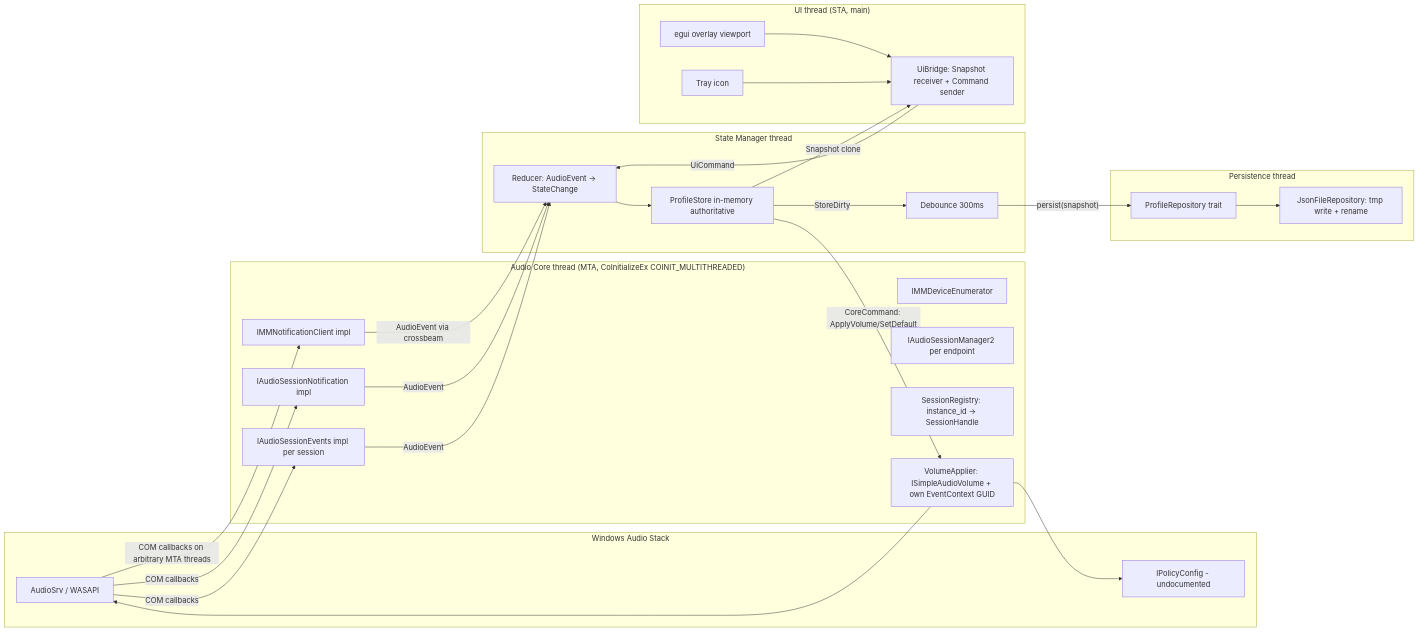
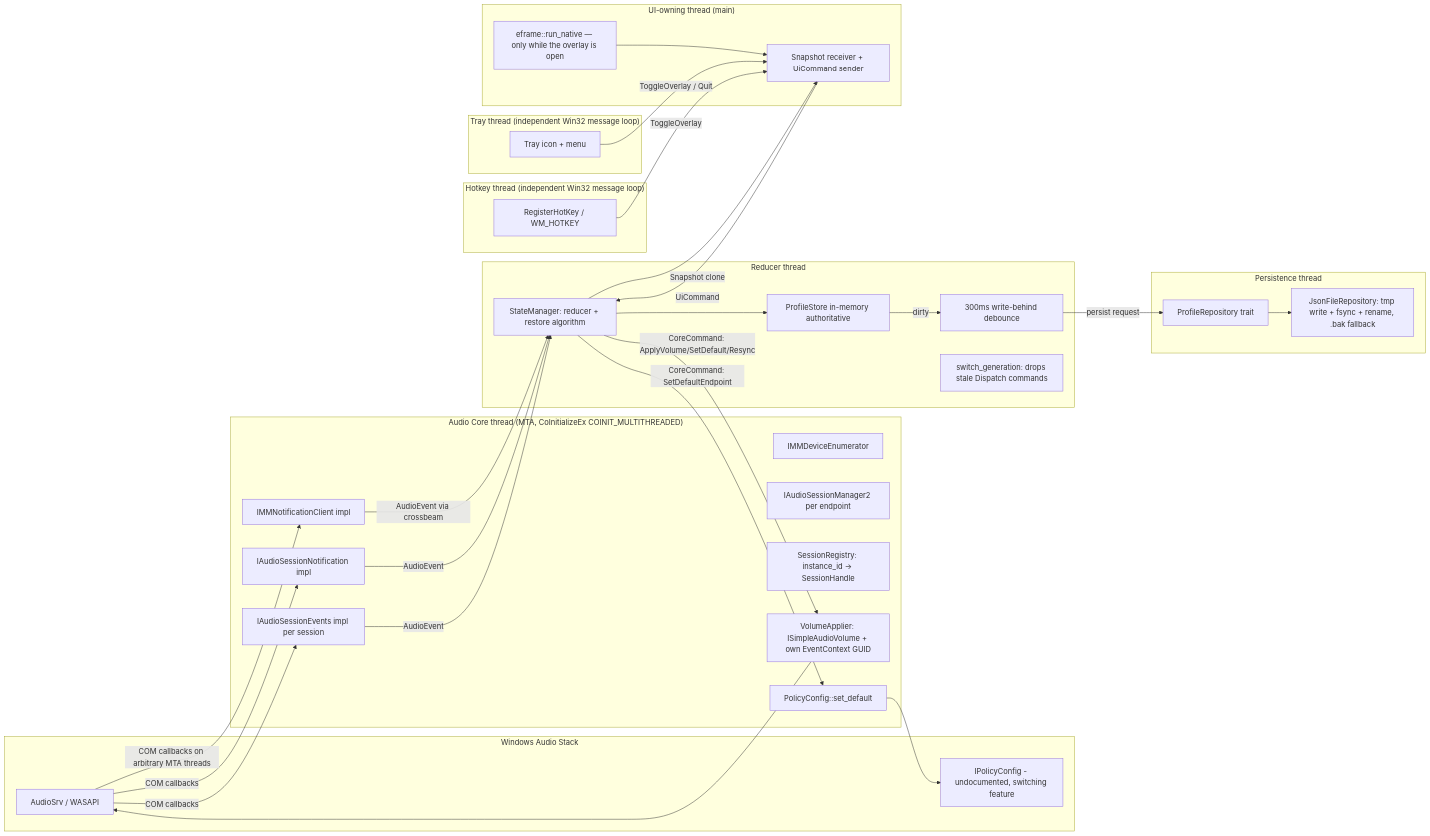
One commit to ayberkaarda/ResonancePI changed the diagram in docs/ARCHITECTURE.md. Above: the diagram before and after it, drawn with Mermaid. The commit also changed other lines of this file and 20 other files, not shown here.

````diff
--- a/docs/ARCHITECTURE.md
+++ b/docs/ARCHITECTURE.md
@@ -22,52 +22,63 @@
 ```mermaid
 flowchart LR
     subgraph OS["Windows Audio Stack"]
         AudioSrv[AudioSrv / WASAPI]
-        Policy[IPolicyConfig - undocumented]
+        Policy[IPolicyConfig - undocumented, switching feature]
     end
 
     subgraph Core["Audio Core thread (MTA, CoInitializeEx COINIT_MULTITHREADED)"]
         Enum[IMMDeviceEnumerator]
         DevNotif[IMMNotificationClient impl]
         SessMgr[IAudioSessionManager2 per endpoint]
         SessNotif[IAudioSessionNotification impl]
         SessEv[IAudioSessionEvents impl per session]
         Registry[SessionRegistry: instance_id -> SessionHandle]
         Applier[VolumeApplier: ISimpleAudioVolume + own EventContext GUID]
+        PolicyImpl[PolicyConfig::set_default]
     end
 
-    subgraph State["State Manager thread"]
+    subgraph Reducer["Reducer thread"]
         Store[ProfileStore in-memory authoritative]
-        Reducer[Reducer: AudioEvent -> StateChange]
-        Debounce[Debounce 300ms]
+        Manager[StateManager: reducer + restore algorithm]
+        Debounce[300ms write-behind debounce]
+        Gen[switch_generation: drops stale Dispatch commands]
     end
 
     subgraph Persist["Persistence thread"]
         Repo[ProfileRepository trait]
-        Json[JsonFileRepository: tmp write + rename]
+        Json[JsonFileRepository: tmp write + fsync + rename, .bak fallback]
     end
 
-    subgraph UI["UI thread (STA, main)"]
-        Tray[Tray icon]
-        Overlay[egui overlay viewport]
-        Bridge[UiBridge: Snapshot receiver + Command sender]
+    subgraph UITh["UI-owning thread (main)"]
+        Overlay["eframe::run_native — only while the overlay is open"]
+        Bridge[Snapshot receiver + UiCommand sender]
+    end
+
+    subgraph TrayTh["Tray thread (independent Win32 message loop)"]
+        Tray[Tray icon + menu]
+    end
+
+    subgraph HotkeyTh["Hotkey thread (independent Win32 message loop)"]
+        Hotkey["RegisterHotKey / WM_HOTKEY"]
     end
 
     AudioSrv -- COM callbacks on arbitrary MTA threads --> DevNotif
     AudioSrv -- COM callbacks --> SessNotif
     AudioSrv -- COM callbacks --> SessEv
-    DevNotif -- AudioEvent via crossbeam --> Reducer
-    SessNotif -- AudioEvent --> Reducer
-    SessEv -- AudioEvent --> Reducer
-    Reducer --> Store
-    Store -- CoreCommand: ApplyVolume/SetDefault --> Applier
+    DevNotif -- AudioEvent via crossbeam --> Manager
+    SessNotif -- AudioEvent --> Manager
+    SessEv -- AudioEvent --> Manager
+    Manager --> Store
+    Manager -- CoreCommand: ApplyVolume/SetDefault/Resync --> Applier
     Applier --> AudioSrv
-    Applier --> Policy
-    Store -- Snapshot clone --> Bridge
-    Bridge -- UiCommand --> Reducer
-    Store -- StoreDirty --> Debounce
-    Debounce -- persist(snapshot) --> Repo
+    PolicyImpl --> Policy
+    Manager -- CoreCommand: SetDefaultEndpoint --> PolicyImpl
+    Manager -- Snapshot clone --> Bridge
+    Bridge -- UiCommand --> Manager
+    Store -- dirty --> Debounce
+    Debounce -- persist request --> Repo
     Repo --> Json
     Overlay --> Bridge
-    Tray --> Bridge
+    Tray -- ToggleOverlay / Quit --> Bridge
+    Hotkey -- ToggleOverlay --> Bridge
 ```
````
